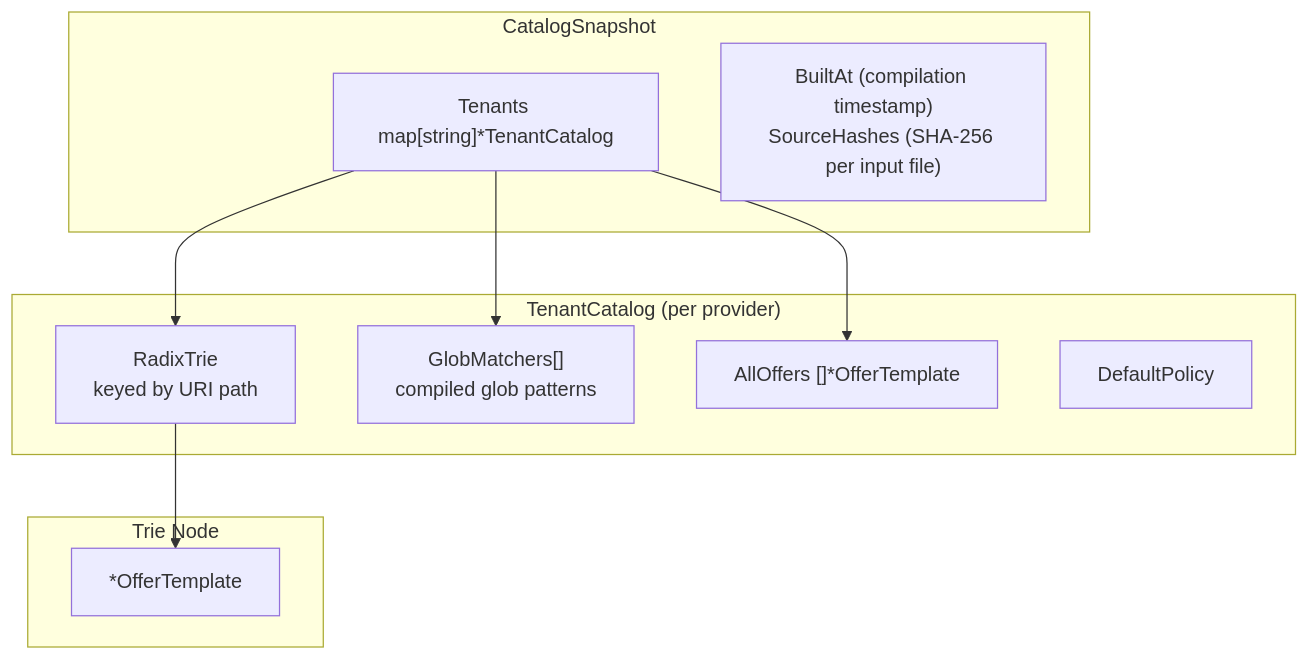
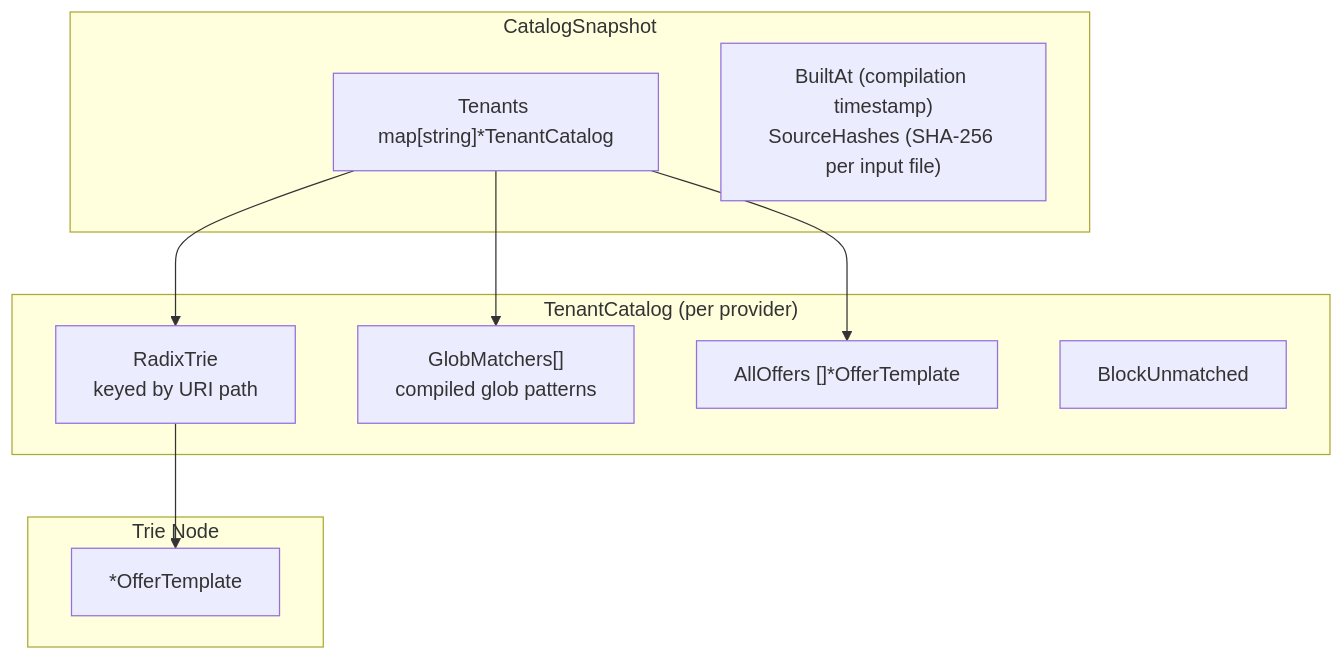
Before and after one commit to RAMP-Protocol/protocol: the diagram in website/src/content/docs/components/content-ingestion/catalog-compilation.mdx, drawn with Mermaid. The commit also changed other lines of this file and 2 other files, not shown here.

Commit message:
docs: express the catalog access gate via LicenseTerm presence, not AccessPolicy
The exchange storage-model, catalog-compilation, and edge cdn-adapter docs
referenced the removed ResourceAccessPolicy/AccessPolicy types. Reframe the
coarse per-path gate as a property of the licensing core: a path is licensed
exactly when it has a catalog entry carrying LicenseTerms; the default for
unmatched paths is tenant-local config (BlockUnmatched), not a wire type. The
glob/prefix lookup mechanics are unchanged.

````diff
--- a/website/src/content/docs/components/content-ingestion/catalog-compilation.mdx
+++ b/website/src/content/docs/components/content-ingestion/catalog-compilation.mdx
@@ -10,23 +10,23 @@
 ```mermaid
 graph TD
     subgraph "CatalogSnapshot"
         TM["Tenants map[string]*TenantCatalog"]
         META["BuiltAt (compilation timestamp)<br/>SourceHashes (SHA-256 per input file)"]
     end
 
     subgraph "TenantCatalog (per provider)"
         TRIE["RadixTrie<br/>keyed by URI path"]
         GLOBS["GlobMatchers[]<br/>compiled glob patterns"]
         OFFERS["AllOffers []*OfferTemplate"]
-        DP["DefaultPolicy"]
+        DP["BlockUnmatched"]
     end
 
     subgraph "Trie Node"
         OT["*OfferTemplate"]
     end
 
     TM --> TRIE
     TM --> GLOBS
     TM --> OFFERS
     TRIE --> OT
 ```
````
